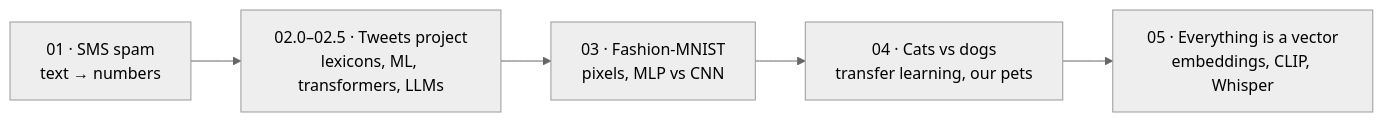
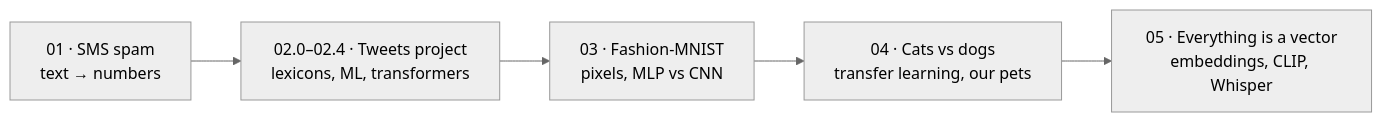
One commit to the-ai-learning-hub/03-applied-ai-projects changed the diagram in README.md. Above: the diagram before and after it, drawn with Mermaid (neutral theme). The commit also changed other lines of this file and 12 other files, not shown here.

````diff
--- a/README.md
+++ b/README.md
@@ -15,7 +15,7 @@
 ```mermaid
 flowchart LR
-    A["01 · SMS spam<br/>text → numbers"] --> B["02.0–02.5 · Tweets project<br/>lexicons, ML, transformers, LLMs"]
+    A["01 · SMS spam<br/>text → numbers"] --> B["02.0–02.4 · Tweets project<br/>lexicons, ML, transformers"]
     B --> C["03 · Fashion-MNIST<br/>pixels, MLP vs CNN"]
     C --> D["04 · Cats vs dogs<br/>transfer learning, our pets"]
     D --> E["05 · Everything is a vector<br/>embeddings, CLIP, Whisper"]
 ```
````
